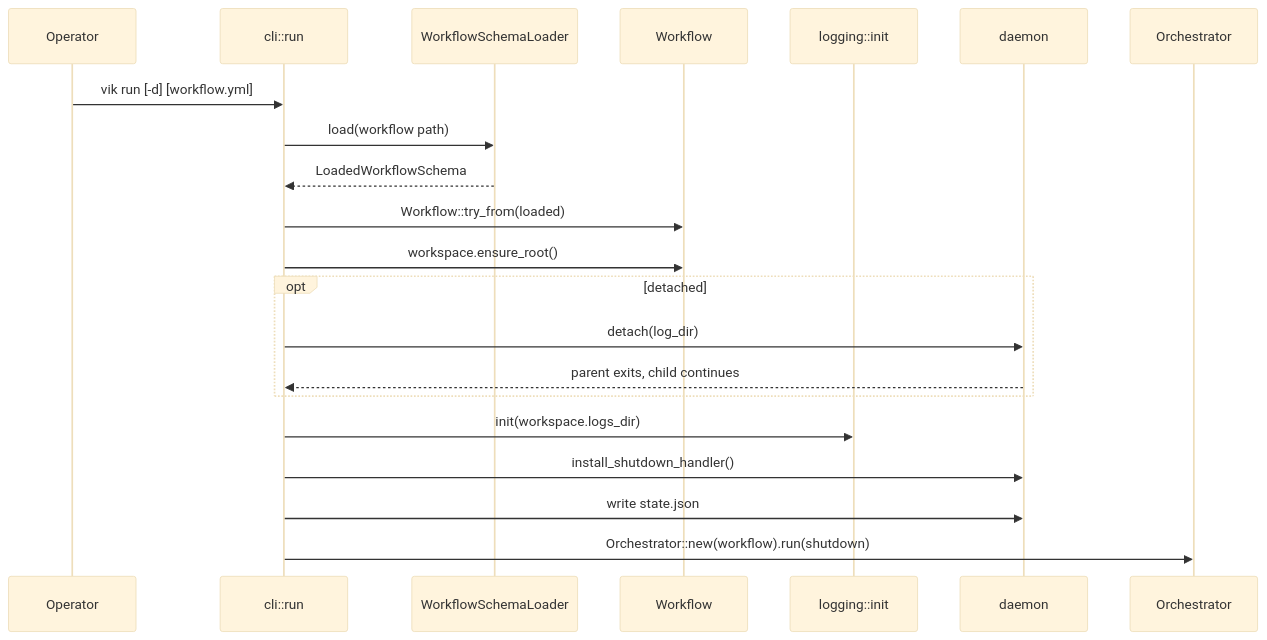
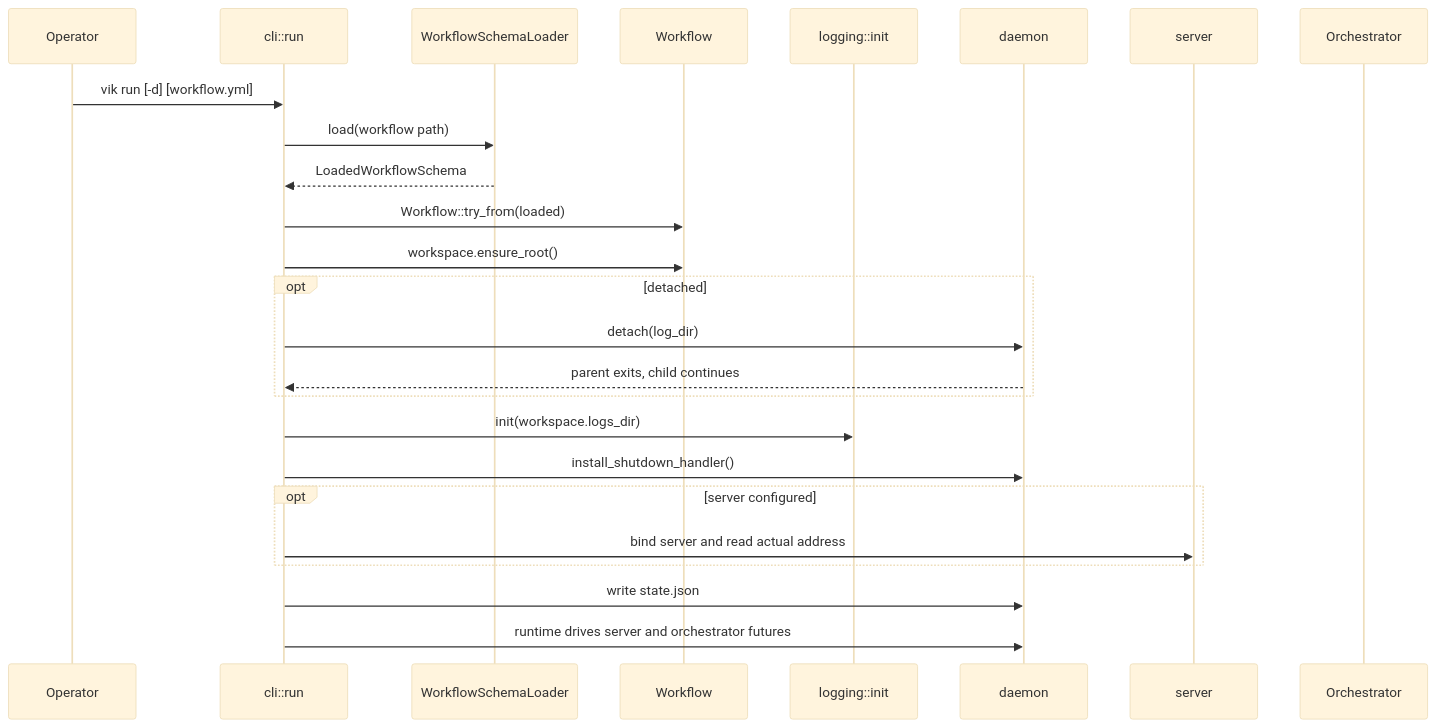
One commit to yii-labs/vik changed the second of 2 diagrams in docs/development/architecture.md. Above: the diagram before and after it, drawn with Mermaid (base theme). The commit also changed other lines of this file and 19 other files, not shown here.

````diff
--- a/docs/development/architecture.md
+++ b/docs/development/architecture.md
@@ -102,24 +107,28 @@
 ```mermaid
 sequenceDiagram
     participant Op as Operator
     participant CLI as cli::run
     participant Loader as WorkflowSchemaLoader
     participant Wf as Workflow
     participant Log as logging::init
     participant D as daemon
+    participant S as server
     participant O as Orchestrator
 
     Op->>CLI: vik run [-d] [workflow.yml]
     CLI->>Loader: load(workflow path)
     Loader-->>CLI: LoadedWorkflowSchema
     CLI->>Wf: Workflow::try_from(loaded)
     CLI->>Wf: workspace.ensure_root()
     opt detached
       CLI->>D: detach(log_dir)
       D-->>CLI: parent exits, child continues
     end
     CLI->>Log: init(workspace.logs_dir)
     CLI->>D: install_shutdown_handler()
+    opt server configured
+      CLI->>S: bind server and read actual address
+    end
     CLI->>D: write state.json
-    CLI->>O: Orchestrator::new(workflow).run(shutdown)
+    CLI->>D: runtime drives server and orchestrator futures
 ```
````
